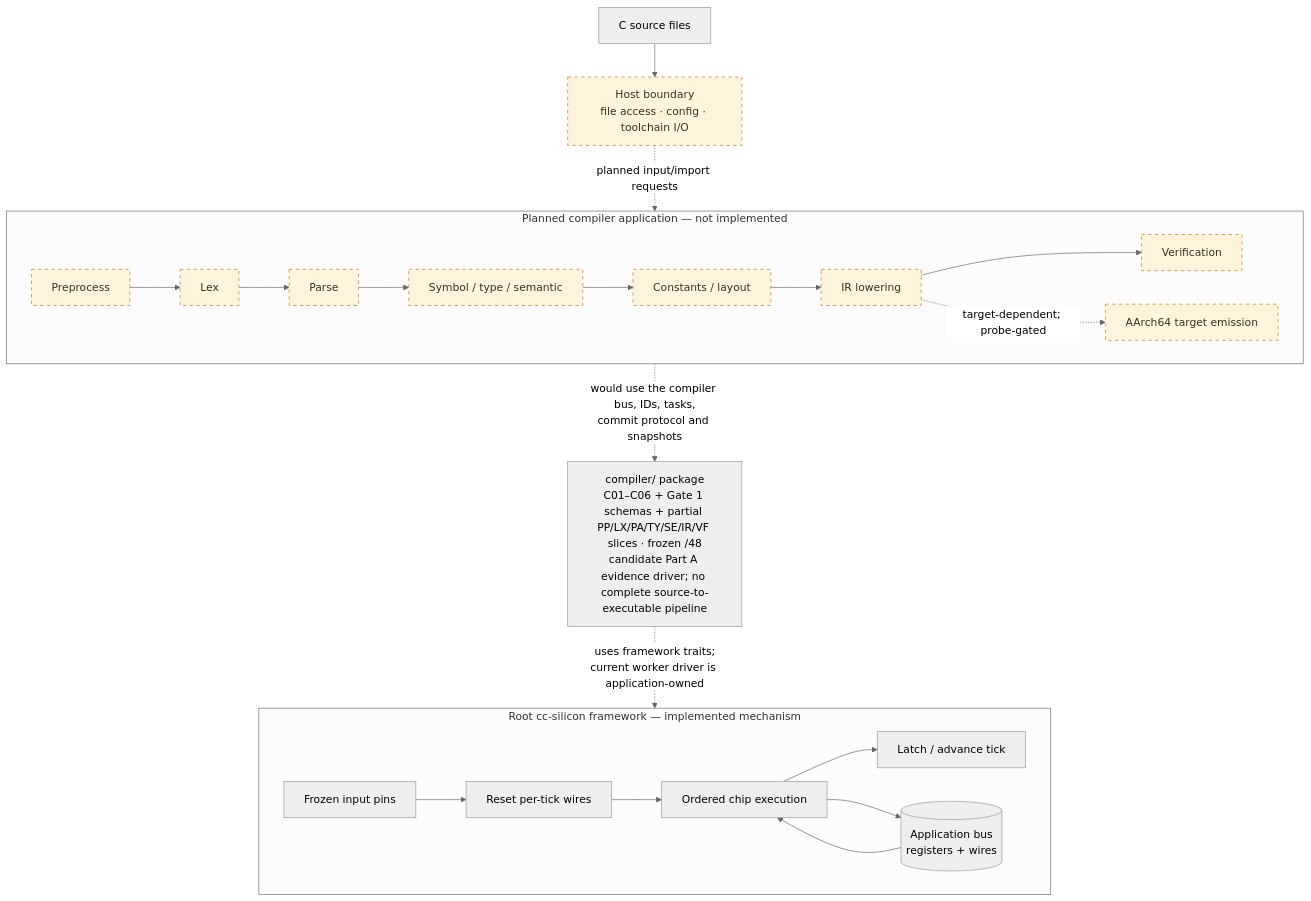
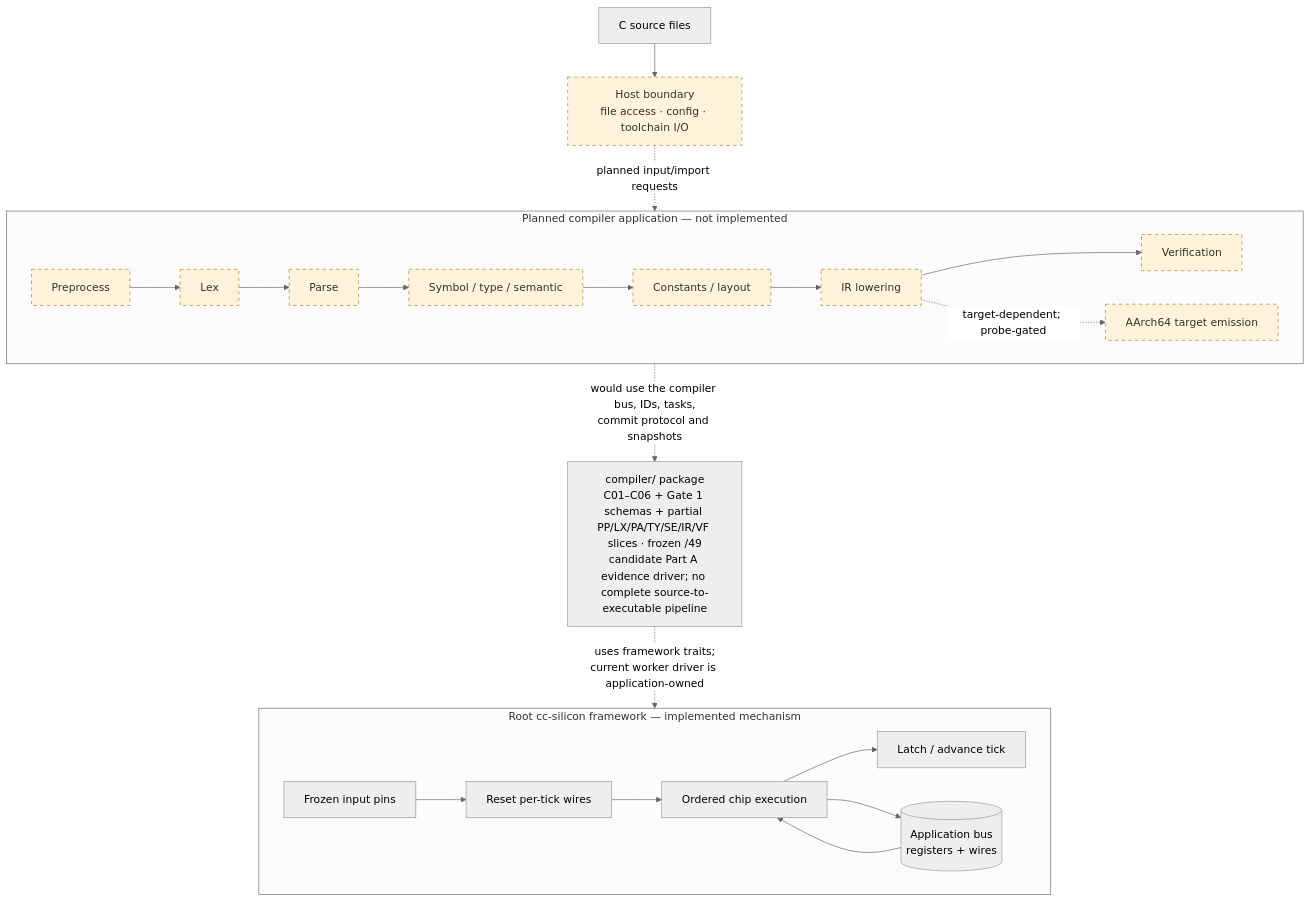
The first of 2 diagrams in README.md (immane/cc-silicon), drawn with Mermaid (neutral theme) before and after one commit. The commit also changed other lines of this file and 17 other files, not shown here.

````diff
--- a/README.md
+++ b/README.md
@@ -132,28 +132,28 @@
 ```mermaid
 flowchart TB
     SRC["C source files"] --> HOST["Host boundary<br/>file access · config · toolchain I/O"]
     HOST -. "planned input/import requests" .-> PIPE
 
     subgraph PIPE["Planned compiler application — not implemented"]
         direction LR
         PP["Preprocess"] --> LEX["Lex"] --> PARSE["Parse"] --> SEM["Symbol / type / semantic"]
         SEM --> CONST["Constants / layout"] --> IR["IR lowering"] --> VERIFY["Verification"]
         IR -. "target-dependent; probe-gated" .-> TARGET["AArch64 target emission"]
     end
 
-    FOUNDATION["compiler/ package<br/>C01–C06 + Gate 1 schemas + partial PP/LX/PA/TY/SE/IR/VF slices · frozen /48<br/>candidate Part A evidence driver; no complete source-to-executable pipeline"]
+    FOUNDATION["compiler/ package<br/>C01–C06 + Gate 1 schemas + partial PP/LX/PA/TY/SE/IR/VF slices · frozen /49<br/>candidate Part A evidence driver; no complete source-to-executable pipeline"]
     PIPE -. "would use the compiler bus, IDs, tasks,<br/>commit protocol and snapshots" .-> FOUNDATION
 
     subgraph RUNTIME["Root cc-silicon framework — implemented mechanism"]
         direction LR
         PINS["Frozen input pins"] --> RESET["Reset per-tick wires"] --> CHIPS["Ordered chip execution"]
         CHIPS --> LATCH["Latch / advance tick"]
         BUS[("Application bus<br/>registers + wires")]
         BUS --> CHIPS
         CHIPS --> BUS
     end
     FOUNDATION -. "uses framework traits;<br/>current worker driver is application-owned" .-> RUNTIME
 
     classDef planned fill:#fff4db,stroke:#b7791f,stroke-dasharray:5 5,color:#332;
     class PP,LEX,PARSE,SEM,CONST,IR,VERIFY,TARGET,HOST planned;
 ```
````
